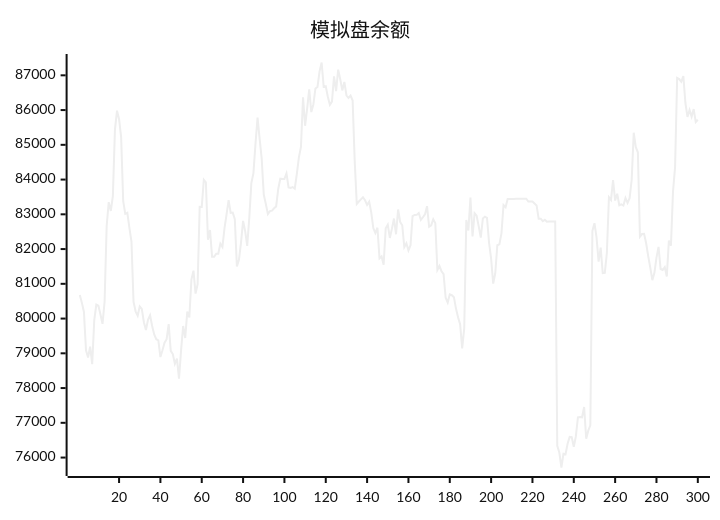
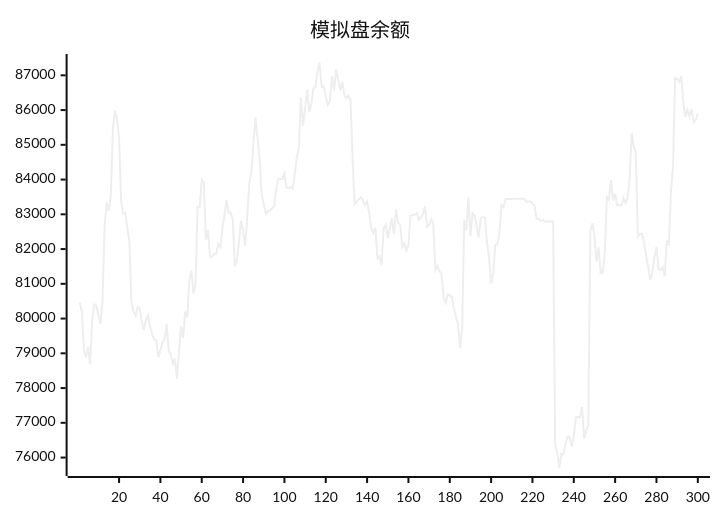
The diagram in README.md (aahl/ai-trading), drawn with Mermaid (neutral theme) before and after one commit. The commit also changed other lines of this file and 1 other file, not shown here.

````diff
--- a/README.md
+++ b/README.md
@@ -5,5 +5,5 @@
 ```mermaid
 xychart
     title "模拟盘余额"
-    line [80681,80455,80190,79084,78879,79193,78686,79954,80403,80374,80118,79848,80491,82665,83351,83098,83525,85430,85983,85737,85221,83378,83014,83043,82613,82216,80477,80208,80081,80348,80277,79894,79670,79965,80093,79786,79542,79406,79371,78893,79087,79304,79406,79841,79072,78978,78696,78846,78272,79085,79787,79442,80198,80031,81120,81379,80718,80985,83214,83212,83993,83921,82270,82547,81776,81776,81866,81866,82158,82061,82596,83000,83408,83041,83050,82858,81503,81691,82188,82812,82517,82092,82901,83898,84180,85030,85781,85178,84604,83569,83298,83008,83093,83107,83175,83228,83729,84025,84017,84019,84177,83775,83762,83785,83738,84160,84639,84939,86370,85548,86046,86599,85942,86161,86622,86664,87115,87369,86666,86685,86384,86152,86243,86969,86548,87164,86885,86566,86809,86427,86348,86417,86273,84538,83299,83369,83430,83490,83404,83270,83362,83056,82605,82459,82614,81734,81788,81551,82598,82702,82320,82580,82878,82426,83139,82778,82686,82056,82166,81963,82110,82951,82983,82984,83038,82838,82915,82998,83235,82642,82682,82858,82746,81396,81512,81362,81277,80600,80461,80699,80673,80616,80288,80038,79836,79142,79722,82837,82533,83480,82366,83032,82960,82654,82330,82883,82934,82901,82188,81728,81005,81298,82110,82135,82449,83264,83203,83440,83439,83440,83440,83446,83447,83448,83447,83448,83449,83369,83369,83369,83313,83256,82872,82873,82801,82844,82785,82791,82791,82793,82794,76339,76145,75714,76110,76096,76397,76594,76585,76310,76607,77160,77170,77160,77456,76541,76774,76927,82520,82744,82337,81639,82040,81307,81314,81887,83490,83414,83984,83396,83594,83261,83287,83253,83470,83327,83465,83987,85348,84930,84786,82355,82433,82438,82167,81795,81466,81105,81315,81756,82064,81426,81398,81481,81210,82242,82099,83658,84359,86925,86892,86814,86980,86203,85802,86003,85811,86028,85657,85721]
+    line [80455,80190,79084,78879,79193,78686,79954,80403,80374,80118,79848,80491,82665,83351,83098,83525,85430,85983,85737,85221,83378,83014,83043,82613,82216,80477,80208,80081,80348,80277,79894,79670,79965,80093,79786,79542,79406,79371,78893,79087,79304,79406,79841,79072,78978,78696,78846,78272,79085,79787,79442,80198,80031,81120,81379,80718,80985,83214,83212,83993,83921,82270,82547,81776,81776,81866,81866,82158,82061,82596,83000,83408,83041,83050,82858,81503,81691,82188,82812,82517,82092,82901,83898,84180,85030,85781,85178,84604,83569,83298,83008,83093,83107,83175,83228,83729,84025,84017,84019,84177,83775,83762,83785,83738,84160,84639,84939,86370,85548,86046,86599,85942,86161,86622,86664,87115,87369,86666,86685,86384,86152,86243,86969,86548,87164,86885,86566,86809,86427,86348,86417,86273,84538,83299,83369,83430,83490,83404,83270,83362,83056,82605,82459,82614,81734,81788,81551,82598,82702,82320,82580,82878,82426,83139,82778,82686,82056,82166,81963,82110,82951,82983,82984,83038,82838,82915,82998,83235,82642,82682,82858,82746,81396,81512,81362,81277,80600,80461,80699,80673,80616,80288,80038,79836,79142,79722,82837,82533,83480,82366,83032,82960,82654,82330,82883,82934,82901,82188,81728,81005,81298,82110,82135,82449,83264,83203,83440,83439,83440,83440,83446,83447,83448,83447,83448,83449,83369,83369,83369,83313,83256,82872,82873,82801,82844,82785,82791,82791,82793,82794,76339,76145,75714,76110,76096,76397,76594,76585,76310,76607,77160,77170,77160,77456,76541,76774,76927,82520,82744,82337,81639,82040,81307,81314,81887,83490,83414,83984,83396,83594,83261,83287,83253,83470,83327,83465,83987,85348,84930,84786,82355,82433,82438,82167,81795,81466,81105,81315,81756,82064,81426,81398,81481,81210,82242,82099,83658,84359,86925,86892,86814,86980,86203,85802,86003,85811,86028,85657,85721,85896]
 ```
````
